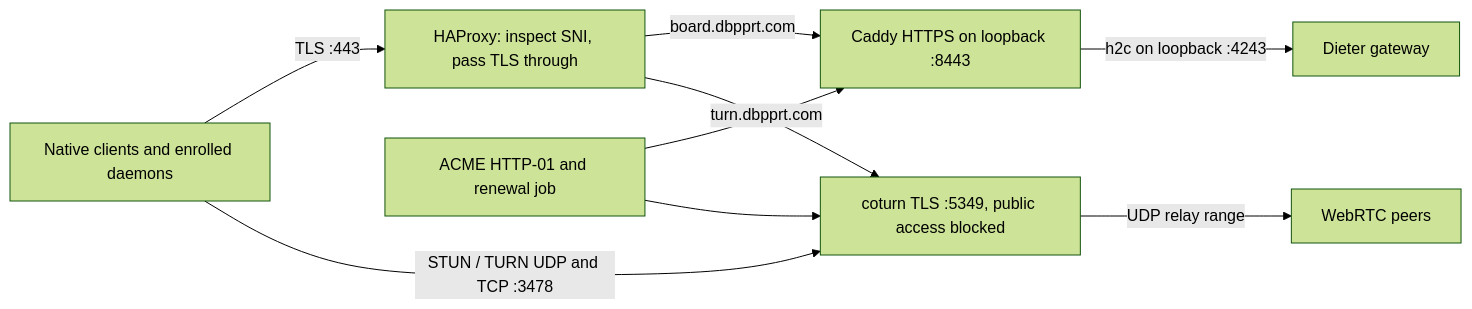
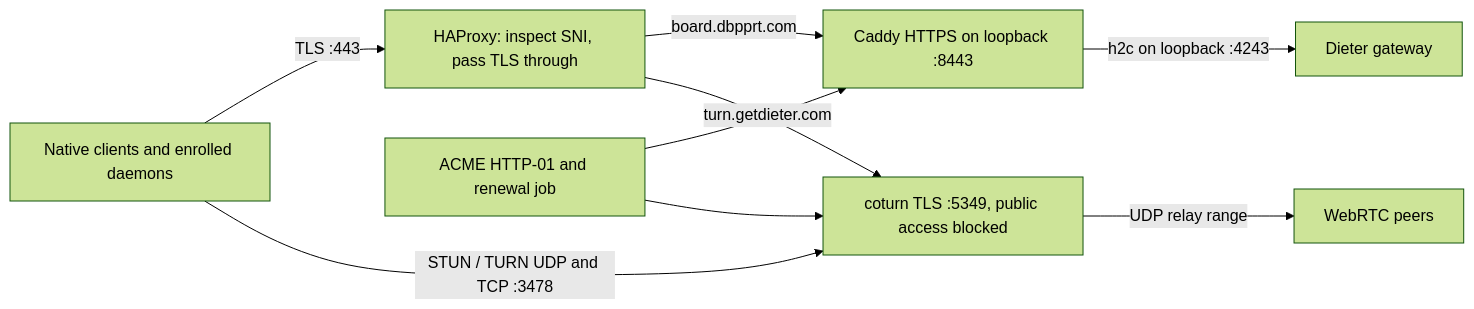
One commit to dbpprt/dieter changed the diagram in docs/gateway-vps-deployment-plan-2026-09-21.md. Above: the diagram before and after it, drawn with Mermaid (forest theme). The commit also changed other lines of this file, not shown here.

Commit message:
Use the approved getdieter.com domain in the deployment plan

````diff
--- a/docs/gateway-vps-deployment-plan-2026-09-21.md
+++ b/docs/gateway-vps-deployment-plan-2026-09-21.md
@@ -61,11 +62,11 @@
 ```mermaid
 flowchart LR
     clients["Native clients and enrolled daemons"] -->|"TLS :443"| edge["HAProxy: inspect SNI, pass TLS through"]
     edge -->|"board.dbpprt.com"| caddy["Caddy HTTPS on loopback :8443"]
     caddy -->|"h2c on loopback :4243"| gateway["Dieter gateway"]
-    edge -->|"turn.dbpprt.com"| turn["coturn TLS :5349, public access blocked"]
+    edge -->|"turn.getdieter.com"| turn["coturn TLS :5349, public access blocked"]
     clients -->|"STUN / TURN UDP and TCP :3478"| turn
     turn -->|"UDP relay range"| peers["WebRTC peers"]
     acme["ACME HTTP-01 and renewal job"] --> caddy
     acme --> turn
 ```
````
